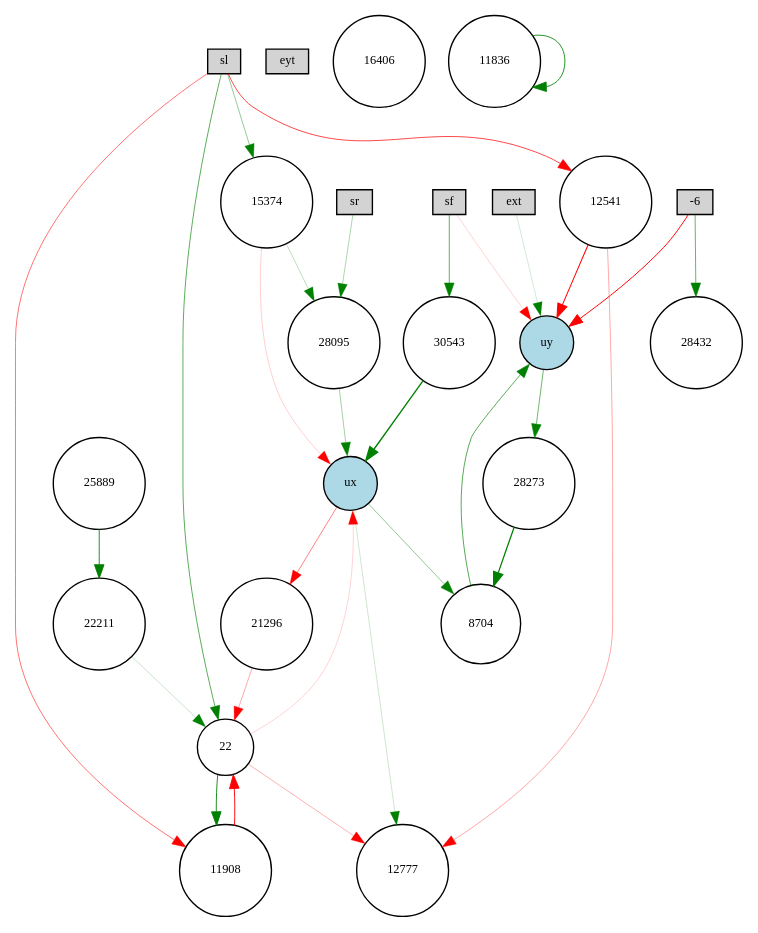
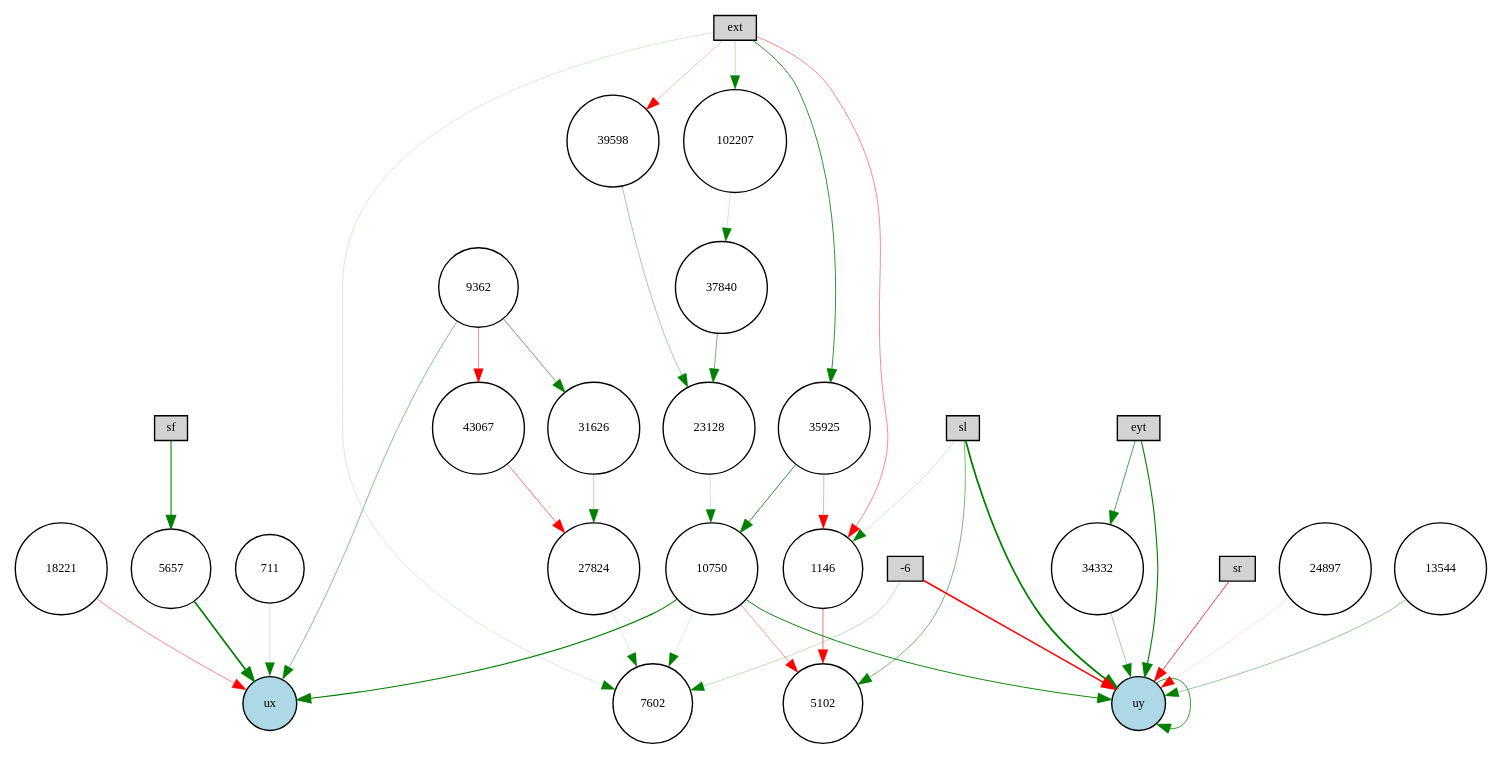
One commit to KaiL4eK/autopilot_simulator changed the diagram in pictures_ctrnn/winner-feedforward-enabled.gv. Above: the diagram before and after it, drawn with Graphviz. The commit also changed 10 other files, not shown here.

```diff
--- a/pictures_ctrnn/winner-feedforward-enabled.gv
+++ b/pictures_ctrnn/winner-feedforward-enabled.gv
@@ -1,56 +1,68 @@
 digraph {
 	node [fontsize=9 height=0.2 shape=circle width=0.2]
 	ext [fillcolor=lightgray shape=box style=filled]
 	eyt [fillcolor=lightgray shape=box style=filled]
 	sf [fillcolor=lightgray shape=box style=filled]
 	sl [fillcolor=lightgray shape=box style=filled]
 	sr [fillcolor=lightgray shape=box style=filled]
 	-6 [fillcolor=lightgray shape=box style=filled]
 	ux [fillcolor=lightblue style=filled]
 	uy [fillcolor=lightblue style=filled]
-	25889 [fillcolor=white style=filled]
-	22211 [fillcolor=white style=filled]
-	11908 [fillcolor=white style=filled]
-	8704 [fillcolor=white style=filled]
-	12777 [fillcolor=white style=filled]
-	15374 [fillcolor=white style=filled]
-	30543 [fillcolor=white style=filled]
-	21296 [fillcolor=white style=filled]
-	28273 [fillcolor=white style=filled]
-	28432 [fillcolor=white style=filled]
-	22 [fillcolor=white style=filled]
-	16406 [fillcolor=white style=filled]
-	11836 [fillcolor=white style=filled]
-	12541 [fillcolor=white style=filled]
-	28095 [fillcolor=white style=filled]
-	15374 -> 28095 [color=green penwidth=0.18626062795119325 style=solid]
-	21296 -> 22 [color=red penwidth=0.2535293545358933 style=solid]
-	15374 -> ux [color=red penwidth=0.14167282857722202 style=solid]
-	ux -> 12777 [color=green penwidth=0.14151740636334403 style=solid]
-	ext -> uy [color=green penwidth=0.13379404553727203 style=solid]
-	22211 -> 22 [color=green penwidth=0.1648412305274649 style=solid]
-	22 -> 11908 [color=green penwidth=0.6413008235491802 style=solid]
-	11836 -> 11836 [color=green penwidth=0.6153576196110088 style=solid]
-	uy -> 28273 [color=green penwidth=0.4237854032393519 style=solid]
-	sl -> 15374 [color=green penwidth=0.30893698939949477 style=solid]
-	ux -> 8704 [color=green penwidth=0.31525108318149814 style=solid]
-	-6 -> uy [color=red penwidth=0.7109126359060433 style=solid]
-	sl -> 12541 [color=red penwidth=0.5170281783453181 style=solid]
-	12541 -> 12777 [color=red penwidth=0.2516953038082739 style=solid]
-	28273 -> 8704 [color=green penwidth=0.9056194421785339 style=solid]
-	12541 -> uy [color=red penwidth=0.7583427852534127 style=solid]
-	sl -> 11908 [color=red penwidth=0.39895722378046616 style=solid]
-	sr -> 28095 [color=green penwidth=0.23525278061281907 style=solid]
-	28095 -> ux [color=green penwidth=0.2707999522260131 style=solid]
-	22 -> ux [color=red penwidth=0.13020848643590785 style=solid]
-	8704 -> uy [color=green penwidth=0.4787961308979318 style=solid]
-	25889 -> 22211 [color=green penwidth=0.6331748101827307 style=solid]
-	30543 -> ux [color=green penwidth=0.9759749257568252 style=solid]
-	sl -> 22 [color=green penwidth=0.46762788848756043 style=solid]
-	22 -> 12777 [color=red penwidth=0.22699822480393264 style=solid]
-	ux -> 21296 [color=red penwidth=0.358226499908752 style=solid]
-	sf -> uy [color=red penwidth=0.13026382326135305 style=solid]
-	-6 -> 28432 [color=green penwidth=0.42785383391760523 style=solid]
-	sf -> 30543 [color=green penwidth=0.45197832463396215 style=solid]
-	11908 -> 22 [color=red penwidth=0.673986932534613 style=solid]
+	24897 [fillcolor=white style=filled]
+	711 [fillcolor=white style=filled]
+	13544 [fillcolor=white style=filled]
+	31626 [fillcolor=white style=filled]
+	18221 [fillcolor=white style=filled]
+	39598 [fillcolor=white style=filled]
+	5102 [fillcolor=white style=filled]
+	37840 [fillcolor=white style=filled]
+	27824 [fillcolor=white style=filled]
+	7602 [fillcolor=white style=filled]
+	9362 [fillcolor=white style=filled]
+	35925 [fillcolor=white style=filled]
+	23128 [fillcolor=white style=filled]
+	5657 [fillcolor=white style=filled]
+	1146 [fillcolor=white style=filled]
+	43067 [fillcolor=white style=filled]
+	34332 [fillcolor=white style=filled]
+	10750 [fillcolor=white style=filled]
+	102207 [fillcolor=white style=filled]
+	9362 -> ux [color=green penwidth=0.34908937701517795 style=solid]
+	ext -> 35925 [color=green penwidth=0.5885239827573538 style=solid]
+	10750 -> 5102 [color=red penwidth=0.2998724848793002 style=solid]
+	13544 -> uy [color=green penwidth=0.30106670832240445 style=solid]
+	31626 -> 27824 [color=green penwidth=0.20847586724452688 style=solid]
+	9362 -> 43067 [color=red penwidth=0.33414212123909204 style=solid]
+	43067 -> 27824 [color=red penwidth=0.38891039522140947 style=solid]
+	eyt -> 34332 [color=green penwidth=0.5149260742186048 style=solid]
+	34332 -> uy [color=green penwidth=0.2558984299089154 style=solid]
+	sl -> 5102 [color=green penwidth=0.39330830994828403 style=solid]
+	10750 -> 7602 [color=green penwidth=0.10714731067487085 style=solid]
+	18221 -> ux [color=red penwidth=0.3424365073765562 style=solid]
+	10750 -> ux [color=green penwidth=0.8101581205607935 style=solid]
+	ext -> 7602 [color=green penwidth=0.11544568813981768 style=solid]
+	711 -> ux [color=green penwidth=0.12997395740924694 style=solid]
+	37840 -> 23128 [color=green penwidth=0.41105151985959754 style=solid]
+	39598 -> 23128 [color=green penwidth=0.2724562564266375 style=solid]
+	5657 -> ux [color=green penwidth=1.2537915004138347 style=solid]
+	sf -> 5657 [color=green penwidth=0.7861925143157016 style=solid]
+	-6 -> 7602 [color=green penwidth=0.1765028565690035 style=solid]
+	uy -> uy [color=green penwidth=0.5745932548619803 style=solid]
+	1146 -> 5102 [color=red penwidth=0.40712468367360266 style=solid]
+	-6 -> uy [color=red penwidth=1.1274537488508163 style=solid]
+	ext -> 39598 [color=red penwidth=0.19716060684634967 style=solid]
+	102207 -> 37840 [color=green penwidth=0.12843190472797042 style=solid]
+	eyt -> uy [color=green penwidth=0.8023005577473666 style=solid]
+	sr -> uy [color=red penwidth=0.5686806763392863 style=solid]
+	27824 -> 7602 [color=green penwidth=0.11044991229301179 style=solid]
+	sl -> 1146 [color=green penwidth=0.1526573963171597 style=solid]
+	9362 -> 31626 [color=green penwidth=0.45497936986897203 style=solid]
+	23128 -> 10750 [color=green penwidth=0.14222799450541795 style=solid]
+	35925 -> 1146 [color=red penwidth=0.2353266775319879 style=solid]
+	10750 -> uy [color=green penwidth=0.6913075885628968 style=solid]
+	35925 -> 10750 [color=green penwidth=0.604706962489621 style=solid]
+	sl -> uy [color=green penwidth=1.292572909091659 style=solid]
+	ext -> 1146 [color=red penwidth=0.33858272640089254 style=solid]
+	ext -> 102207 [color=green penwidth=0.1996053830440988 style=solid]
+	24897 -> uy [color=red penwidth=0.1027752041734476 style=solid]
 }
```
